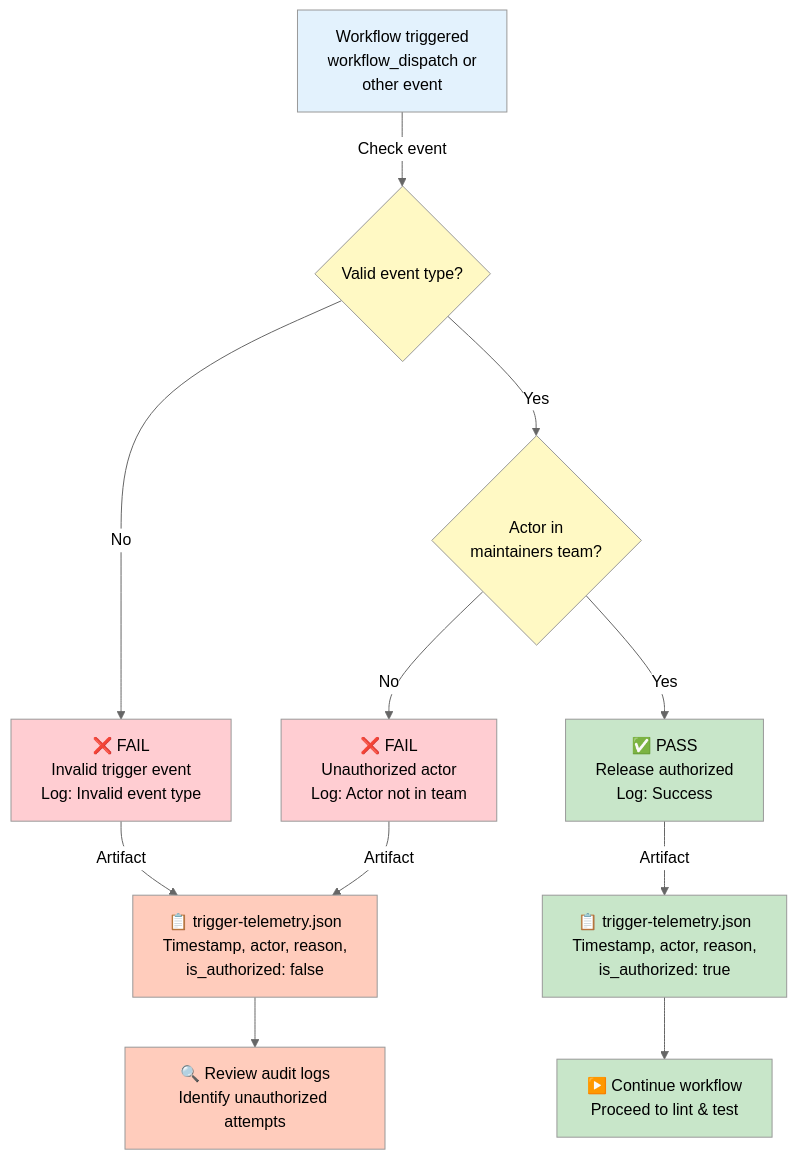
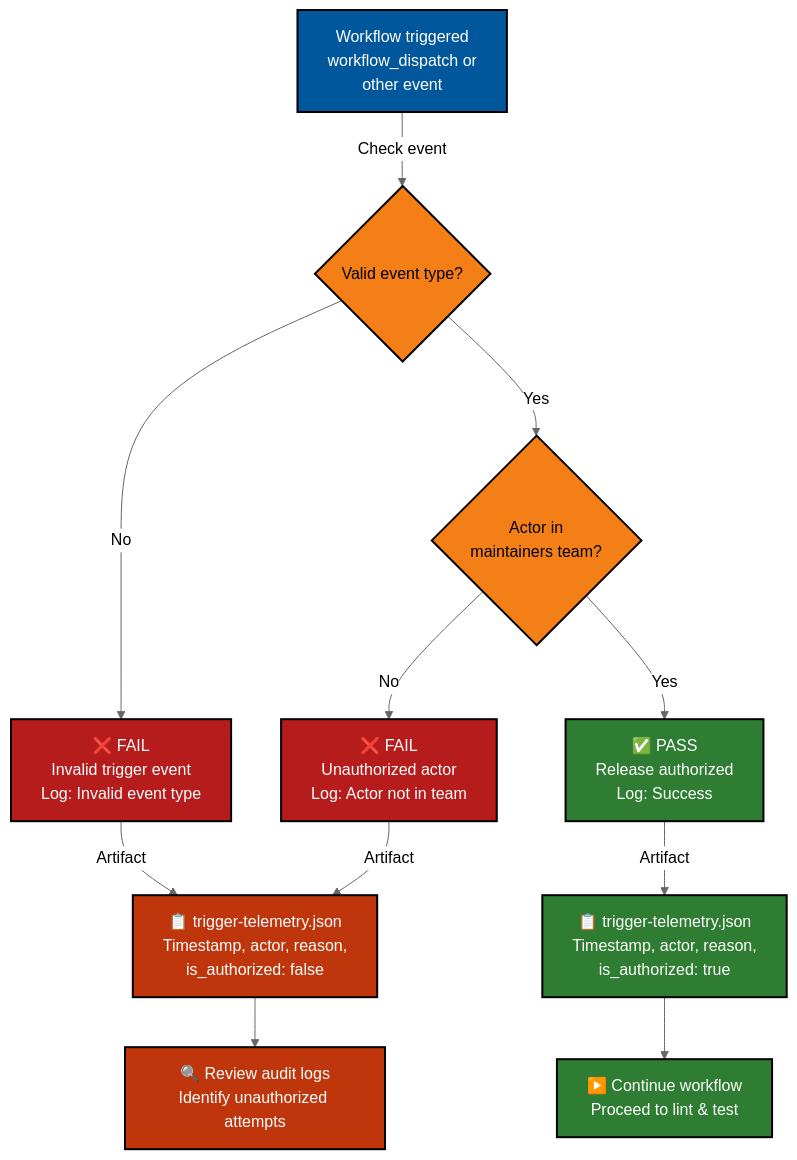
The second of 4 diagrams in docs/RELEASE_PROCESS.md (lightspeedwp/.github), drawn with Mermaid (neutral theme) before and after one commit. The commit also changed other lines of this file and 10 other files, not shown here.

````diff
--- a/docs/RELEASE_PROCESS.md
+++ b/docs/RELEASE_PROCESS.md
@@ -101,26 +103,28 @@
 ```mermaid
-graph TD
+flowchart TD
+    accTitle: Authorization validation flow
+    accDescr: Event type validation, actor team membership check, authorization decision with audit logging
     A["Workflow triggered<br/>workflow_dispatch or<br/>other event"] -->|Check event| B{Valid event type?}
     B -->|No| C["❌ FAIL<br/>Invalid trigger event<br/>Log: Invalid event type"]
     B -->|Yes| D{Actor in<br/>maintainers team?}
     D -->|No| E["❌ FAIL<br/>Unauthorized actor<br/>Log: Actor not in team"]
     D -->|Yes| F["✅ PASS<br/>Release authorized<br/>Log: Success"]
     
     C -->|Artifact| G["📋 trigger-telemetry.json<br/>Timestamp, actor, reason,<br/>is_authorized: false"]
     E -->|Artifact| G
     F -->|Artifact| H["📋 trigger-telemetry.json<br/>Timestamp, actor, reason,<br/>is_authorized: true"]
     
     G --> I["🔍 Review audit logs<br/>Identify unauthorized attempts"]
     H --> J["▶️ Continue workflow<br/>Proceed to lint & test"]
     
-    style A fill:#e3f2fd
-    style B fill:#fff9c4
-    style C fill:#ffcdd2
-    style D fill:#fff9c4
-    style E fill:#ffcdd2
-    style F fill:#c8e6c9
-    style G fill:#ffccbc
-    style H fill:#c8e6c9
-    style I fill:#ffccbc
-    style J fill:#c8e6c9
+    style A fill:#01579b,color:#fff,stroke:#000,stroke-width:2px
+    style B fill:#f57f17,color:#000,stroke:#000,stroke-width:2px
+    style C fill:#b71c1c,color:#fff,stroke:#000,stroke-width:2px
+    style D fill:#f57f17,color:#000,stroke:#000,stroke-width:2px
+    style E fill:#b71c1c,color:#fff,stroke:#000,stroke-width:2px
+    style F fill:#2e7d32,color:#fff,stroke:#000,stroke-width:2px
+    style G fill:#bf360c,color:#fff,stroke:#000,stroke-width:2px
+    style H fill:#2e7d32,color:#fff,stroke:#000,stroke-width:2px
+    style I fill:#bf360c,color:#fff,stroke:#000,stroke-width:2px
+    style J fill:#2e7d32,color:#fff,stroke:#000,stroke-width:2px
 ```
````
